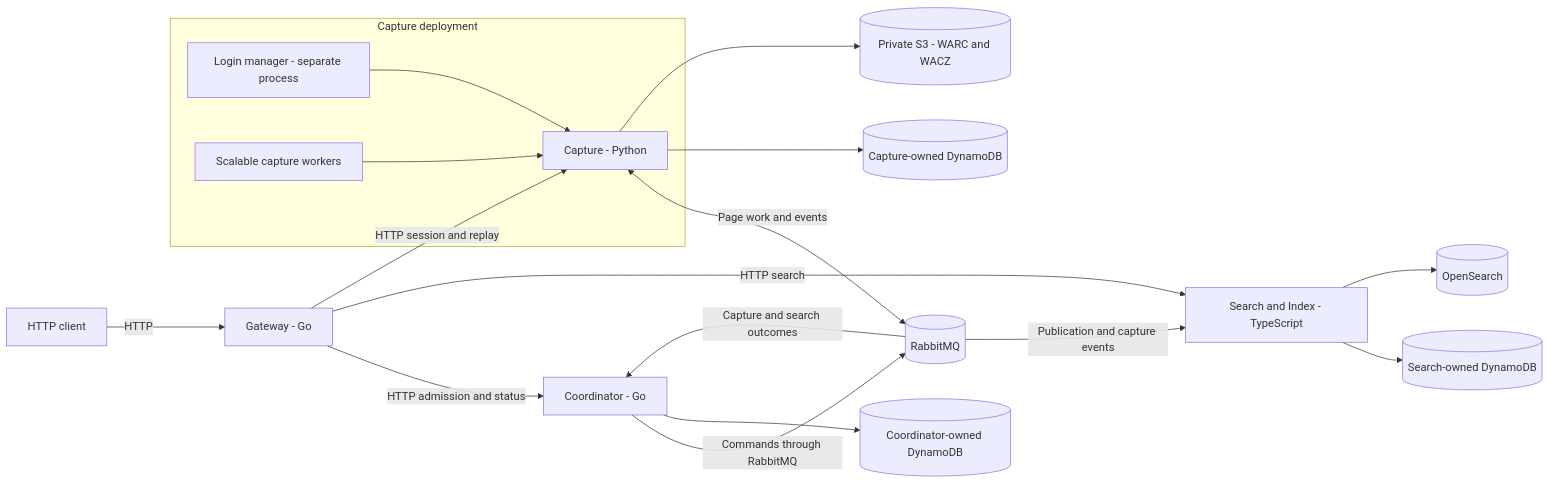
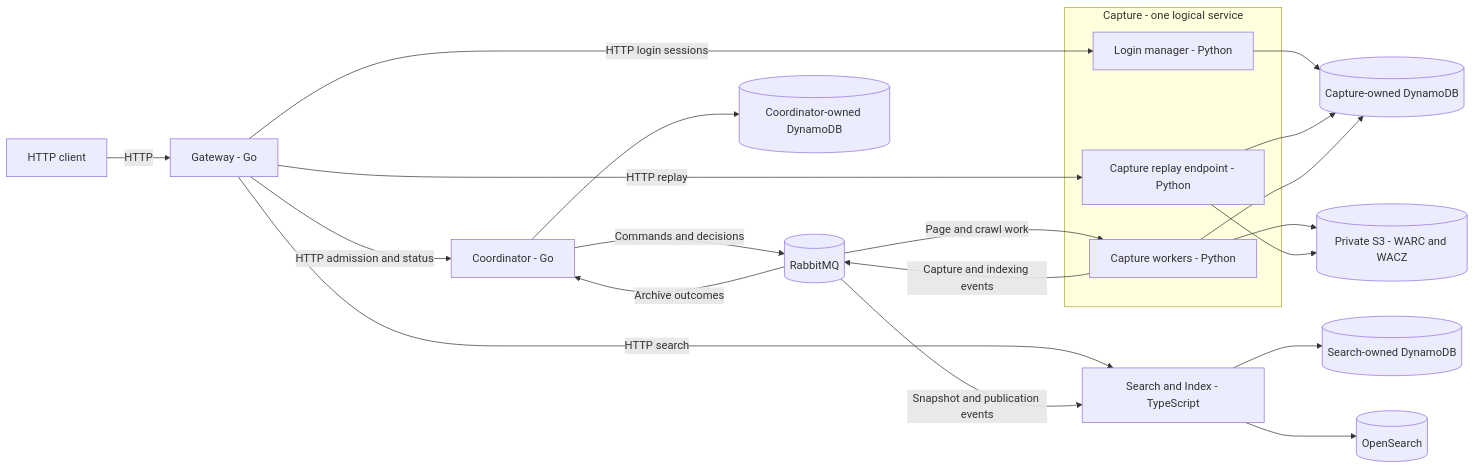
The diagram in docs/adr/0002-service-boundaries.md (lemuel-manske/castellani), drawn with Mermaid before and after one commit.

Commit message:
docs(adr): depict Capture as one logical service with distinct runtime processes

````diff
--- a/docs/adr/0002-service-boundaries.md
+++ b/docs/adr/0002-service-boundaries.md
@@ -25,26 +25,29 @@
 ```mermaid
 flowchart LR
     Client[HTTP client] -->|HTTP| Gateway[Gateway - Go]
     Gateway -->|HTTP admission and status| Coordinator[Coordinator - Go]
-    Gateway -->|HTTP session and replay| Capture[Capture - Python]
+    Gateway -->|HTTP login sessions| Login[Login manager - Python]
+    Gateway -->|HTTP replay| Replay[Capture replay endpoint - Python]
     Gateway -->|HTTP search| Search[Search and Index - TypeScript]
 
-    Coordinator -->|Commands through RabbitMQ| Broker[(RabbitMQ)]
-    Capture <-->|Page work and events| Broker
-    Broker -->|Publication and capture events| Search
-    Broker -->|Capture and search outcomes| Coordinator
+    Coordinator -->|Commands and decisions| Broker[(RabbitMQ)]
+    Broker -->|Page and crawl work| Workers[Capture workers - Python]
+    Workers -->|Capture and indexing events| Broker
+    Broker -->|Archive outcomes| Coordinator
+    Broker -->|Snapshot and publication events| Search
 
     Coordinator --> CDB[(Coordinator-owned DynamoDB)]
-    Capture --> PDB[(Capture-owned DynamoDB)]
+    Login --> PDB[(Capture-owned DynamoDB)]
+    Replay --> PDB
+    Workers --> PDB
     Search --> SDB[(Search-owned DynamoDB)]
-    Capture --> S3[(Private S3 - WARC and WACZ)]
+    Workers --> S3[(Private S3 - WARC and WACZ)]
+    Replay --> S3
     Search --> OS[(OpenSearch)]
 
-    subgraph CaptureDeployment [Capture deployment]
-      Capture
-      Login[Login manager - separate process]
-      Workers[Scalable capture workers]
+    subgraph CaptureDeployment [Capture - one logical service]
+      Login
+      Replay
+      Workers
     end
-    Login --> Capture
-    Workers --> Capture
 ```
````
